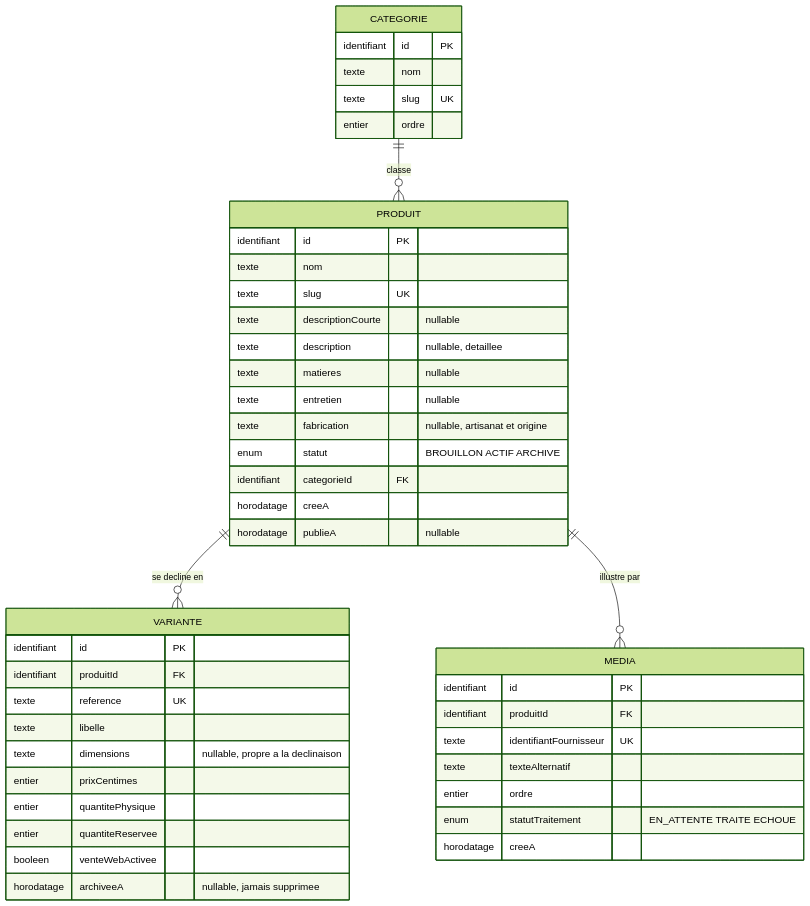
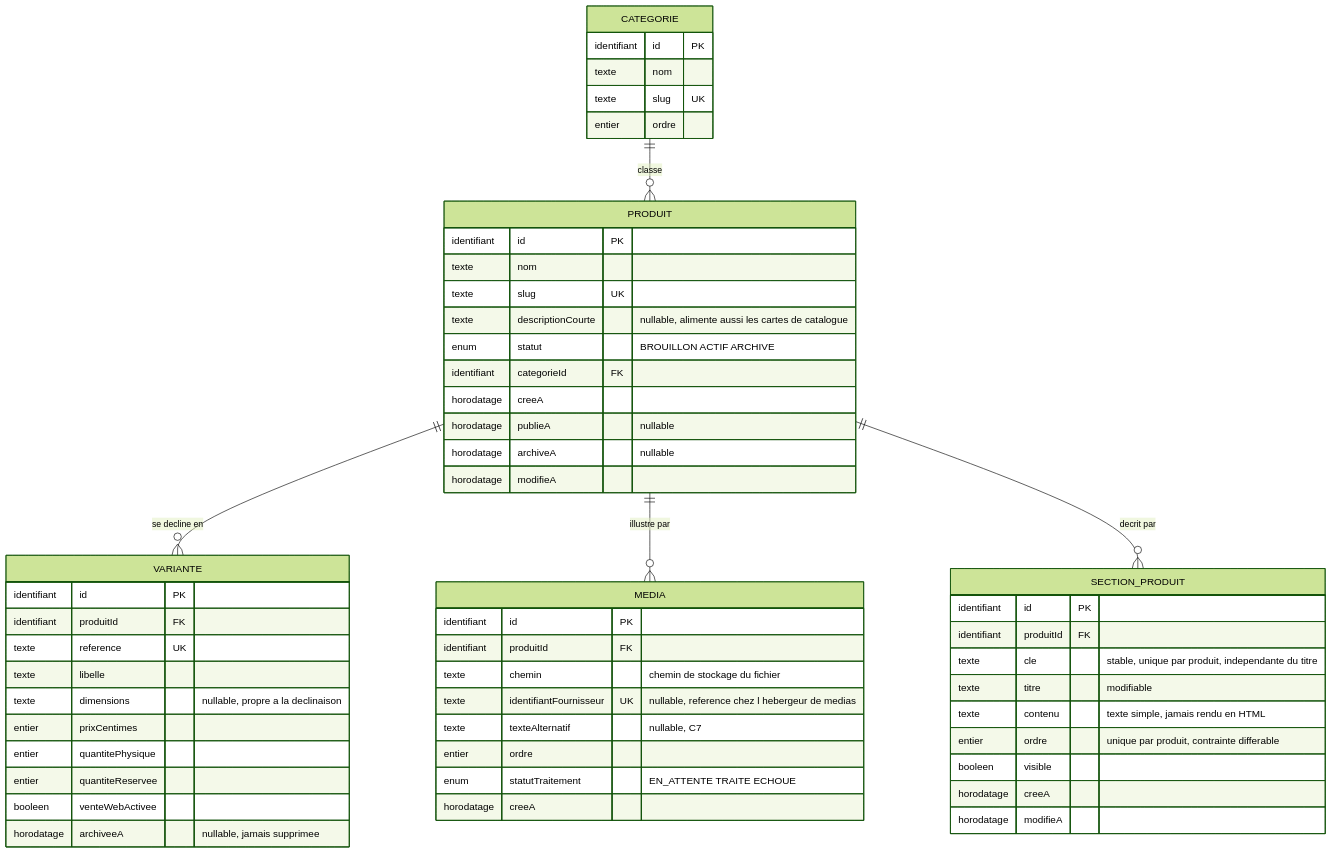
The second of 9 diagrams in docs/architecture/MODELE-CONCEPTUEL.md (krismos64/lune-soleil), drawn with Mermaid (forest theme) before and after one commit. The commit also changed other lines of this file and 1 other file, not shown here.

````diff
--- a/docs/architecture/MODELE-CONCEPTUEL.md
+++ b/docs/architecture/MODELE-CONCEPTUEL.md
@@ -107,48 +107,59 @@
 ```mermaid
 erDiagram
     CATEGORIE ||--o{ PRODUIT : "classe"
     PRODUIT ||--o{ VARIANTE : "se decline en"
     PRODUIT ||--o{ MEDIA : "illustre par"
+    PRODUIT ||--o{ SECTION_PRODUIT : "decrit par"
 
     CATEGORIE {
         identifiant id PK
         texte nom
         texte slug UK
         entier ordre
     }
     PRODUIT {
         identifiant id PK
         texte nom
         texte slug UK
-        texte descriptionCourte "nullable"
-        texte description "nullable, detaillee"
-        texte matieres "nullable"
-        texte entretien "nullable"
-        texte fabrication "nullable, artisanat et origine"
+        texte descriptionCourte "nullable, alimente aussi les cartes de catalogue"
         enum statut "BROUILLON ACTIF ARCHIVE"
         identifiant categorieId FK
         horodatage creeA
         horodatage publieA "nullable"
+        horodatage archiveA "nullable"
+        horodatage modifieA
+    }
+    SECTION_PRODUIT {
+        identifiant id PK
+        identifiant produitId FK
+        texte cle "stable, unique par produit, independante du titre"
+        texte titre "modifiable"
+        texte contenu "texte simple, jamais rendu en HTML"
+        entier ordre "unique par produit, contrainte differable"
+        booleen visible
+        horodatage creeA
+        horodatage modifieA
     }
     VARIANTE {
         identifiant id PK
         identifiant produitId FK
         texte reference UK
         texte libelle
         texte dimensions "nullable, propre a la declinaison"
         entier prixCentimes
         entier quantitePhysique
         entier quantiteReservee
         booleen venteWebActivee
         horodatage archiveeA "nullable, jamais supprimee"
     }
     MEDIA {
         identifiant id PK
         identifiant produitId FK
-        texte identifiantFournisseur UK
-        texte texteAlternatif
+        texte chemin "chemin de stockage du fichier"
+        texte identifiantFournisseur UK "nullable, reference chez l hebergeur de medias"
+        texte texteAlternatif "nullable, C7"
         entier ordre
         enum statutTraitement "EN_ATTENTE TRAITE ECHOUE"
         horodatage creeA
     }
 ```
````
